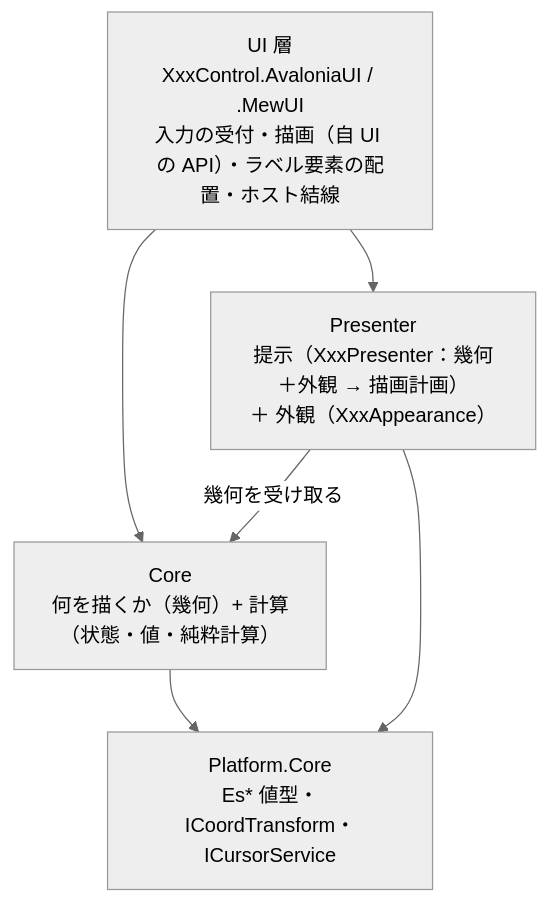
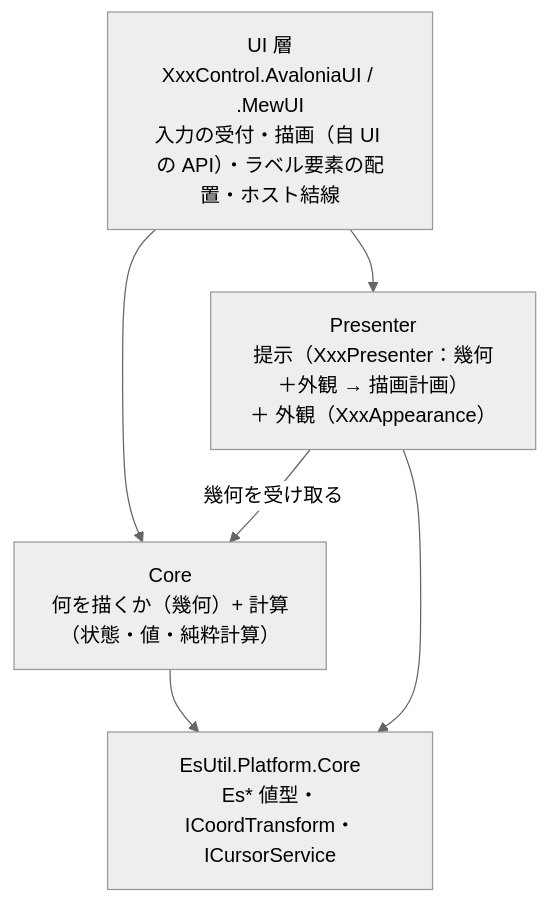
One commit to tomokuni/SaveEvidence changed the second of 2 diagrams in src/README.md. Above: the diagram before and after it, drawn with Mermaid (neutral theme). The commit also changed other lines of this file and 417 other files, not shown here.

First line of the commit message:
Feature と Platform のフォルダを名前空間と同じ EsUtil. 付きへ改名し、ログ接頭辞を EsUtil を除いた語にする

````diff
--- a/src/README.md
+++ b/src/README.md
@@ -24,11 +24,11 @@
 ```mermaid
 flowchart TB
     UI["UI 層<br/>XxxControl.AvaloniaUI / .MewUI<br/>入力の受付・描画（自 UI の API）・ラベル要素の配置・ホスト結線"]
     UB["Presenter<br/>提示（XxxPresenter：幾何＋外観 → 描画計画）<br/>＋ 外観（XxxAppearance）"]
     CORE["Core<br/>何を描くか（幾何）+ 計算<br/>（状態・値・純粋計算）"]
     UI --> UB
     UI --> CORE
     UB -->|幾何を受け取る| CORE
-    CORE --> PC["Platform.Core<br/>Es* 値型・ICoordTransform・ICursorService"]
+    CORE --> PC["EsUtil.Platform.Core<br/>Es* 値型・ICoordTransform・ICursorService"]
     UB --> PC
 ```
````
